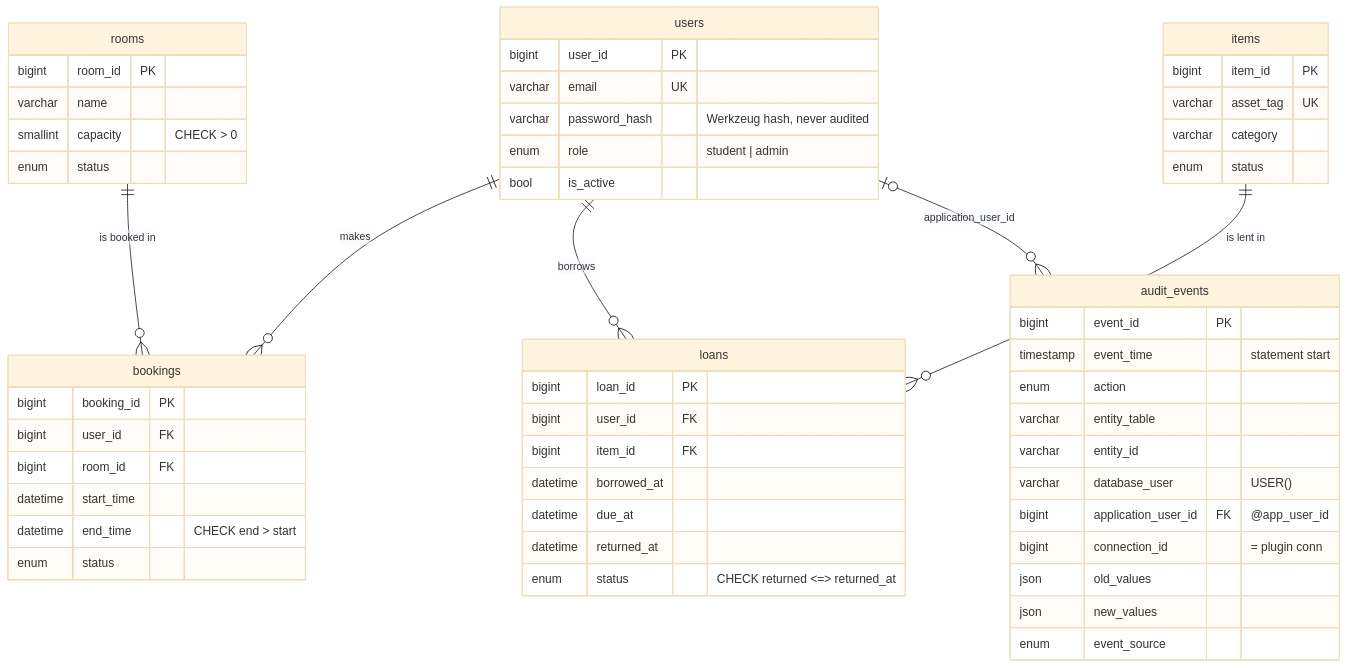
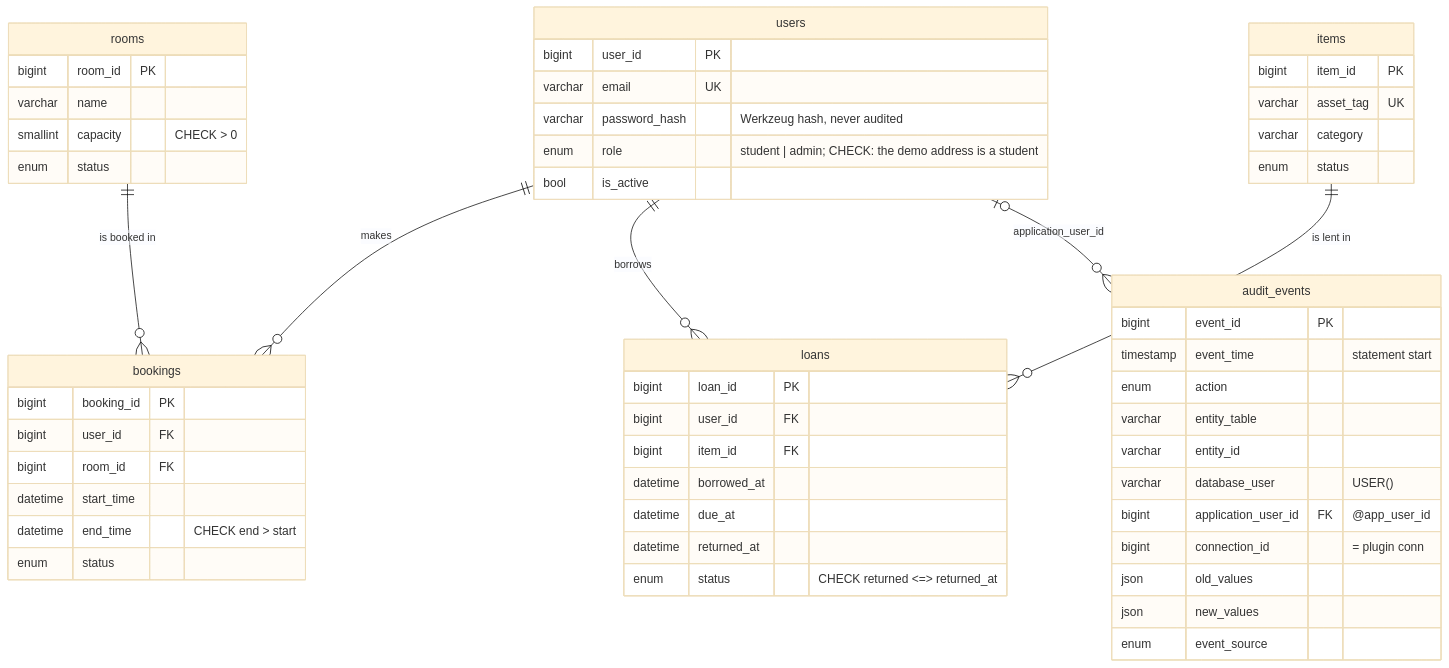
The third of 3 diagrams in docs/architecture.md (rmoraru26/DB_Project_2026), drawn with Mermaid (base theme) before and after one commit. The commit also changed other lines of this file and 300 other files, not shown here.

````diff
--- a/docs/architecture.md
+++ b/docs/architecture.md
@@ -101,58 +111,58 @@
 ```mermaid
 erDiagram
     users ||--o{ bookings : makes
     users ||--o{ loans : borrows
     rooms ||--o{ bookings : "is booked in"
     items ||--o{ loans : "is lent in"
     users |o--o{ audit_events : "application_user_id"
 
     users {
         bigint user_id PK
         varchar email UK
         varchar password_hash "Werkzeug hash, never audited"
-        enum role "student | admin"
+        enum role "student | admin; CHECK: the demo address is a student"
         bool is_active
     }
     rooms {
         bigint room_id PK
         varchar name
         smallint capacity "CHECK > 0"
         enum status
     }
     items {
         bigint item_id PK
         varchar asset_tag UK
         varchar category
         enum status
     }
     bookings {
         bigint booking_id PK
         bigint user_id FK
         bigint room_id FK
         datetime start_time
         datetime end_time "CHECK end > start"
         enum status
     }
     loans {
         bigint loan_id PK
         bigint user_id FK
         bigint item_id FK
         datetime borrowed_at
         datetime due_at
         datetime returned_at
         enum status "CHECK returned <=> returned_at"
     }
     audit_events {
         bigint event_id PK
         timestamp event_time "statement start"
         enum action
         varchar entity_table
         varchar entity_id
         varchar database_user "USER()"
         bigint application_user_id FK "@app_user_id"
         bigint connection_id "= plugin conn"
         json old_values
         json new_values
         enum event_source
     }
 ```
````
